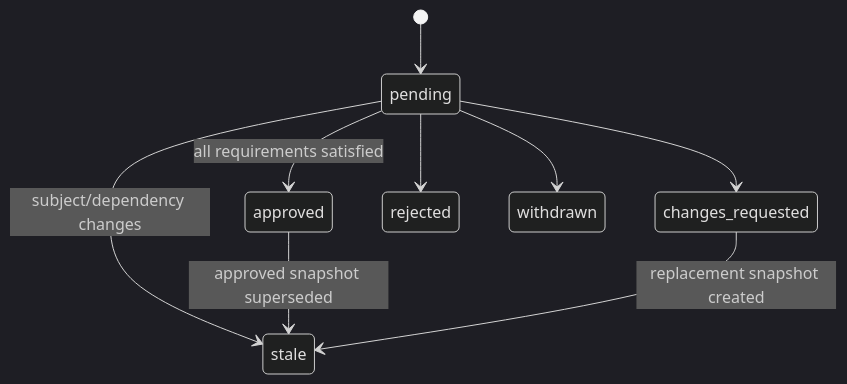
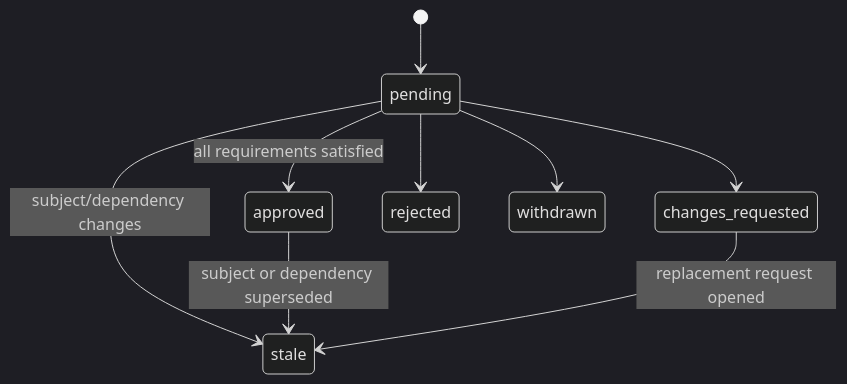
The fourth of 8 diagrams in docs/planning/02-domain-model.md (DaymondGoulderHorobin/Agile_project_management_app), drawn with Mermaid (dark theme) before and after one commit. The commit also changed other lines of this file and 14 other files, not shown here.

````diff
--- a/docs/planning/02-domain-model.md
+++ b/docs/planning/02-domain-model.md
@@ -213,11 +229,11 @@
 ```mermaid
 stateDiagram-v2
     [*] --> pending
     pending --> approved: all requirements satisfied
     pending --> changes_requested
     pending --> rejected
     pending --> withdrawn
     pending --> stale: subject/dependency changes
-    approved --> stale: approved snapshot superseded
-    changes_requested --> stale: replacement snapshot created
+    approved --> stale: subject or dependency superseded
+    changes_requested --> stale: replacement request opened
 ```
````
